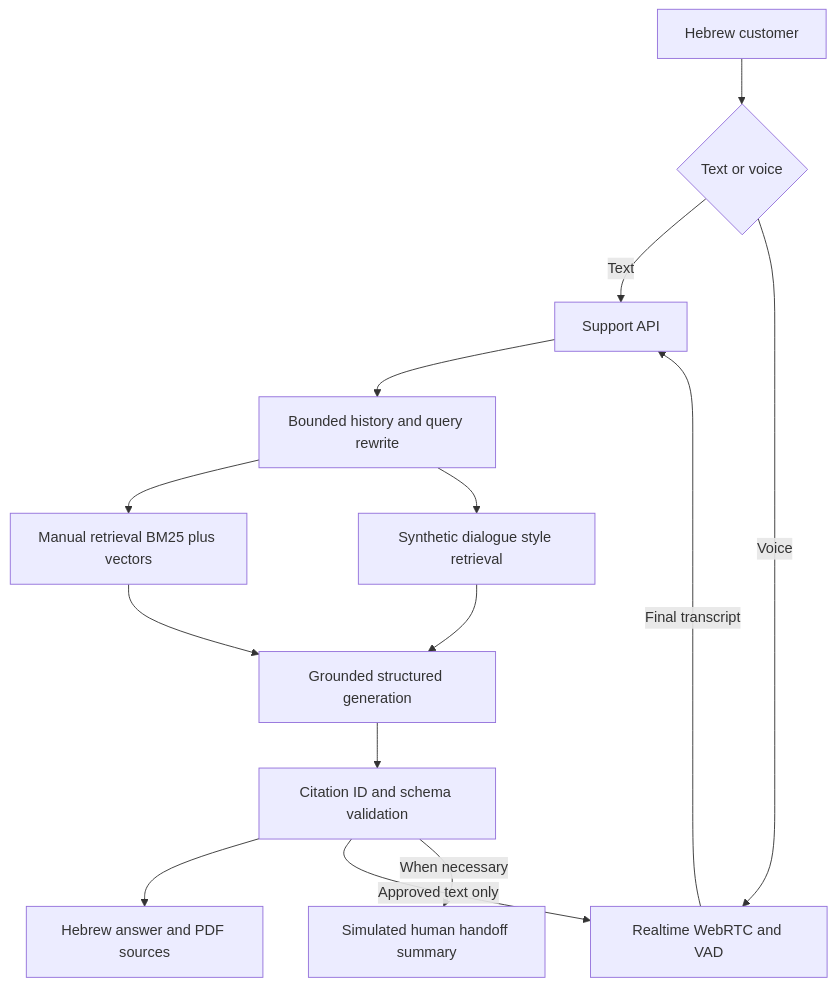
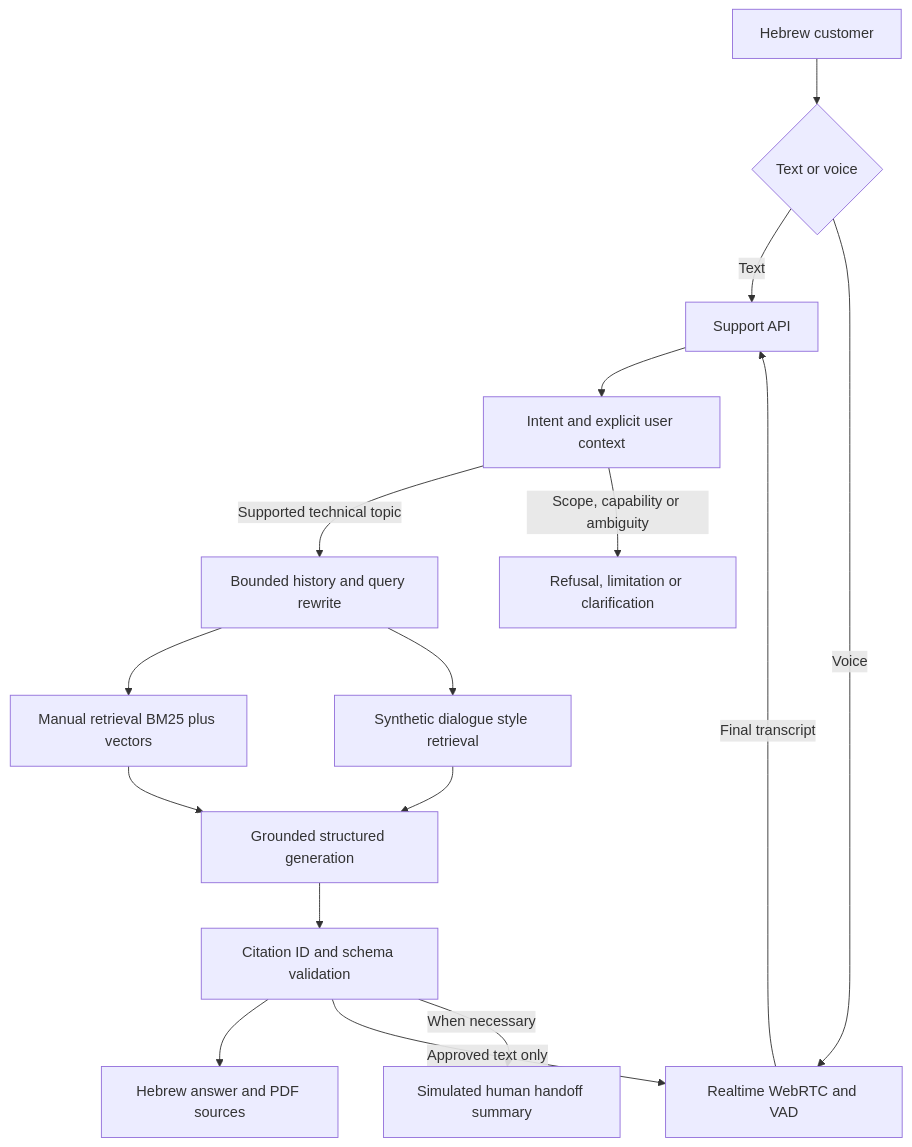
Before and after one commit to IdanHarari11/colmobil-rag-assignment: the diagram in README.md, drawn with Mermaid. The commit also changed other lines of this file and 37 other files, not shown here.

````diff
--- a/README.md
+++ b/README.md
@@ -43,16 +43,18 @@
 ```mermaid
 flowchart TD
   User[Hebrew customer] --> Input{Text or voice}
   Input -->|Text| API[Support API]
   Input -->|Voice| RTC[Realtime WebRTC and VAD]
   RTC -->|Final transcript| API
-  API --> History[Bounded history and query rewrite]
+  API --> Route[Intent and explicit user context]
+  Route -->|Supported technical topic| History[Bounded history and query rewrite]
+  Route -->|Scope, capability or ambiguity| Bounded[Refusal, limitation or clarification]
   History --> Retrieve[Manual retrieval BM25 plus vectors]
   History --> Style[Synthetic dialogue style retrieval]
   Retrieve --> Generate[Grounded structured generation]
   Style --> Generate
   Generate --> Validate[Citation ID and schema validation]
   Validate --> Screen[Hebrew answer and PDF sources]
   Validate -->|Approved text only| RTC
   Validate -->|When necessary| Handoff[Simulated human handoff summary]
 ```
````
